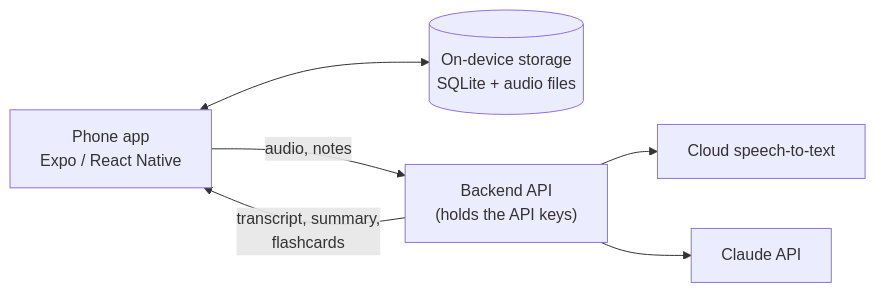
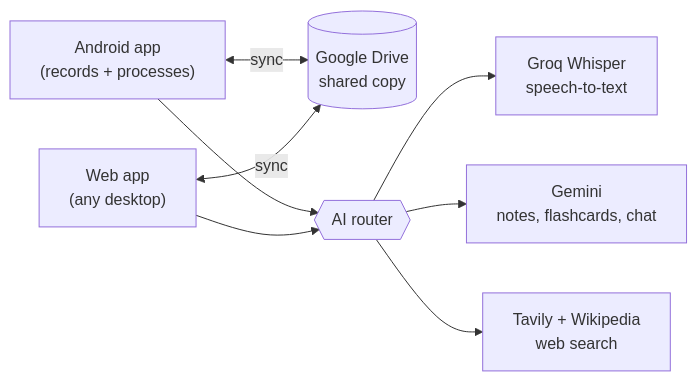
Before and after one commit to hammadshakeelai/notes-app: the diagram in README.md, drawn with Mermaid. The commit also changed other lines of this file and 2 other files, not shown here.

````diff
--- a/README.md
+++ b/README.md
@@ -39,8 +37,10 @@
 ```mermaid
 flowchart LR
-    App["Phone app<br/>Expo / React Native"] <--> Local[("On-device storage<br/>SQLite + audio files")]
-    App -- "audio, notes" --> API["Backend API<br/>(holds the API keys)"]
-    API --> STT["Cloud speech-to-text"]
-    API --> Claude["Claude API"]
-    API -- "transcript, summary,<br/>flashcards" --> App
+    Phone["Android app<br/>(records + processes)"] <-- sync --> Drive[("Google Drive<br/>shared copy")]
+    Web["Web app<br/>(any desktop)"] <-- sync --> Drive
+    Phone --> Router{{"AI router"}}
+    Web --> Router
+    Router --> Groq["Groq Whisper<br/>speech-to-text"]
+    Router --> Gemini["Gemini<br/>notes, flashcards, chat"]
+    Router --> Search["Tavily + Wikipedia<br/>web search"]
 ```
````
